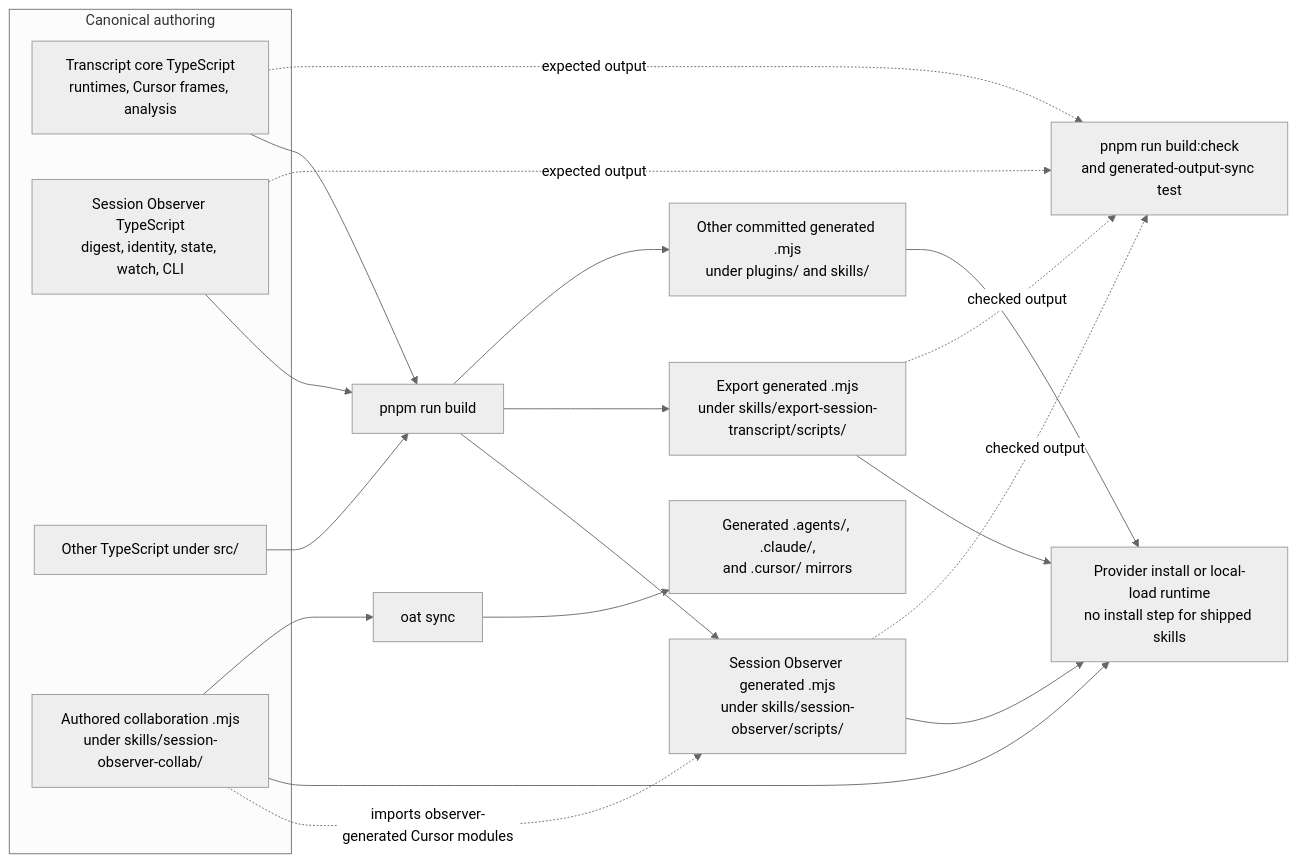
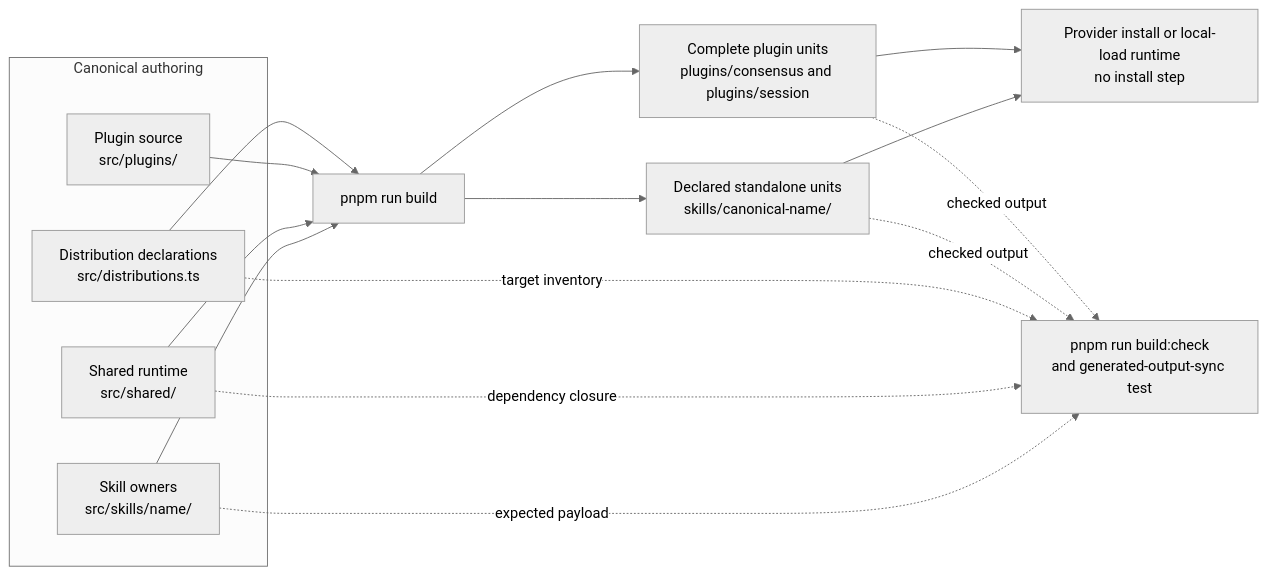
The diagram in documentation/docs/engineering/architecture/generated-runtime.md (tkstang/skills), drawn with Mermaid (neutral theme) before and after one commit. The commit also changed other lines of this file and 28 other files, not shown here.

````diff
--- a/documentation/docs/engineering/architecture/generated-runtime.md
+++ b/documentation/docs/engineering/architecture/generated-runtime.md
@@ -34,32 +31,27 @@
 ```mermaid
 flowchart LR
   subgraph authoring["Canonical authoring"]
-    CORE["Transcript core TypeScript<br/>runtimes, Cursor frames, analysis"]
-    OBSERVER["Session Observer TypeScript<br/>digest, identity, state, watch, CLI"]
-    OTHER["Other TypeScript under src/"]
-    COLLAB["Authored collaboration .mjs<br/>under skills/session-observer-collab/"]
+    SKILLS["Skill owners<br/>src/skills/name/"]
+    SHARED["Shared runtime<br/>src/shared/"]
+    PLUGINS["Plugin source<br/>src/plugins/"]
+    DECL["Distribution declarations<br/>src/distributions.ts"]
   end
 
   BUILD["pnpm run build"]
-  OBSOUT["Session Observer generated .mjs<br/>under skills/session-observer/scripts/"]
-  EXPOUT["Export generated .mjs<br/>under skills/export-session-transcript/scripts/"]
-  OTHEROUT["Other committed generated .mjs<br/>under plugins/ and skills/"]
+  STANDALONE["Declared standalone units<br/>skills/canonical-name/"]
+  PLUGINOUT["Complete plugin units<br/>plugins/consensus and plugins/session"]
   CHECK["pnpm run build:check<br/>and generated-output-sync test"]
-  RUNTIME["Provider install or local-load runtime<br/>no install step for shipped skills"]
-  SYNC["oat sync"]
-  MIRRORS["Generated .agents/, .claude/,<br/>and .cursor/ mirrors"]
+  RUNTIME["Provider install or local-load runtime<br/>no install step"]
 
-  CORE --> BUILD
-  OBSERVER --> BUILD
-  OTHER --> BUILD
-  BUILD --> OBSOUT --> RUNTIME
-  BUILD --> EXPOUT --> RUNTIME
-  BUILD --> OTHEROUT --> RUNTIME
-  CORE -.->|expected output| CHECK
-  OBSERVER -.->|expected output| CHECK
-  OBSOUT -.->|checked output| CHECK
-  EXPOUT -.->|checked output| CHECK
-  COLLAB -.->|imports observer-generated Cursor modules| OBSOUT
-  COLLAB --> RUNTIME
-  COLLAB --> SYNC --> MIRRORS
+  SKILLS --> BUILD
+  SHARED --> BUILD
+  PLUGINS --> BUILD
+  DECL --> BUILD
+  BUILD --> STANDALONE --> RUNTIME
+  BUILD --> PLUGINOUT --> RUNTIME
+  SKILLS -.->|expected payload| CHECK
+  SHARED -.->|dependency closure| CHECK
+  DECL -.->|target inventory| CHECK
+  STANDALONE -.->|checked output| CHECK
+  PLUGINOUT -.->|checked output| CHECK
 ```
````
